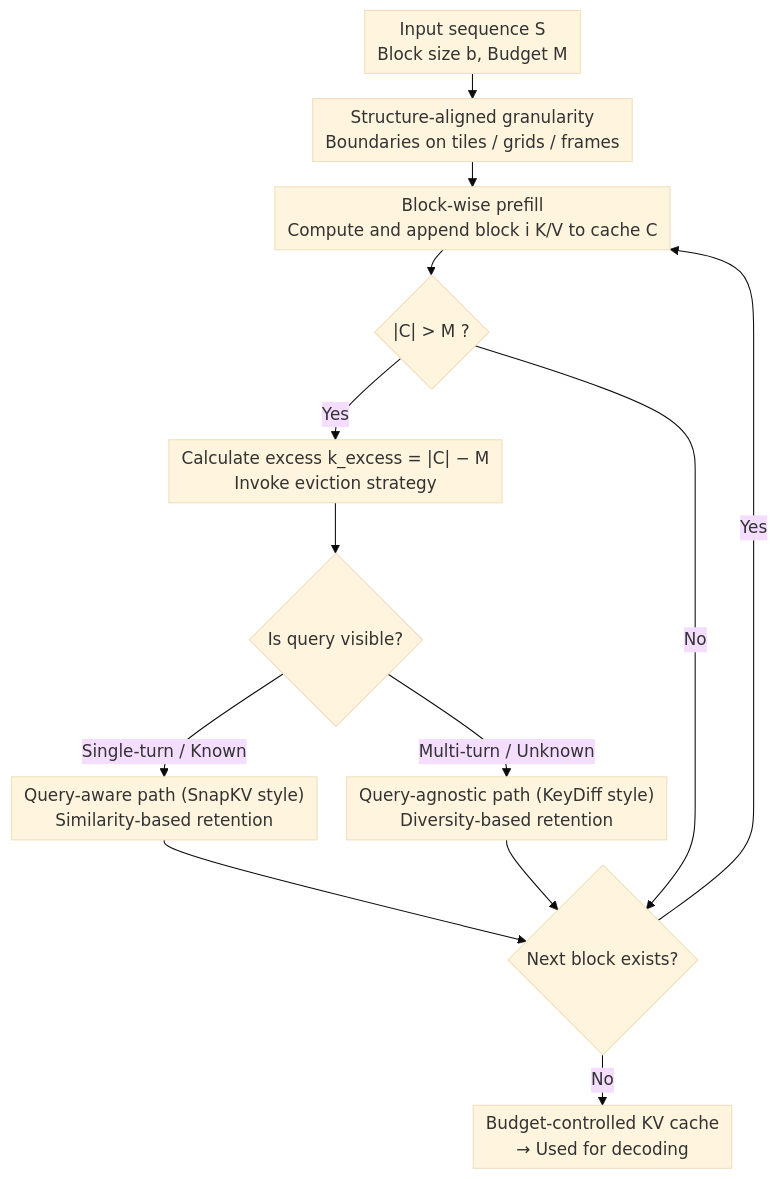
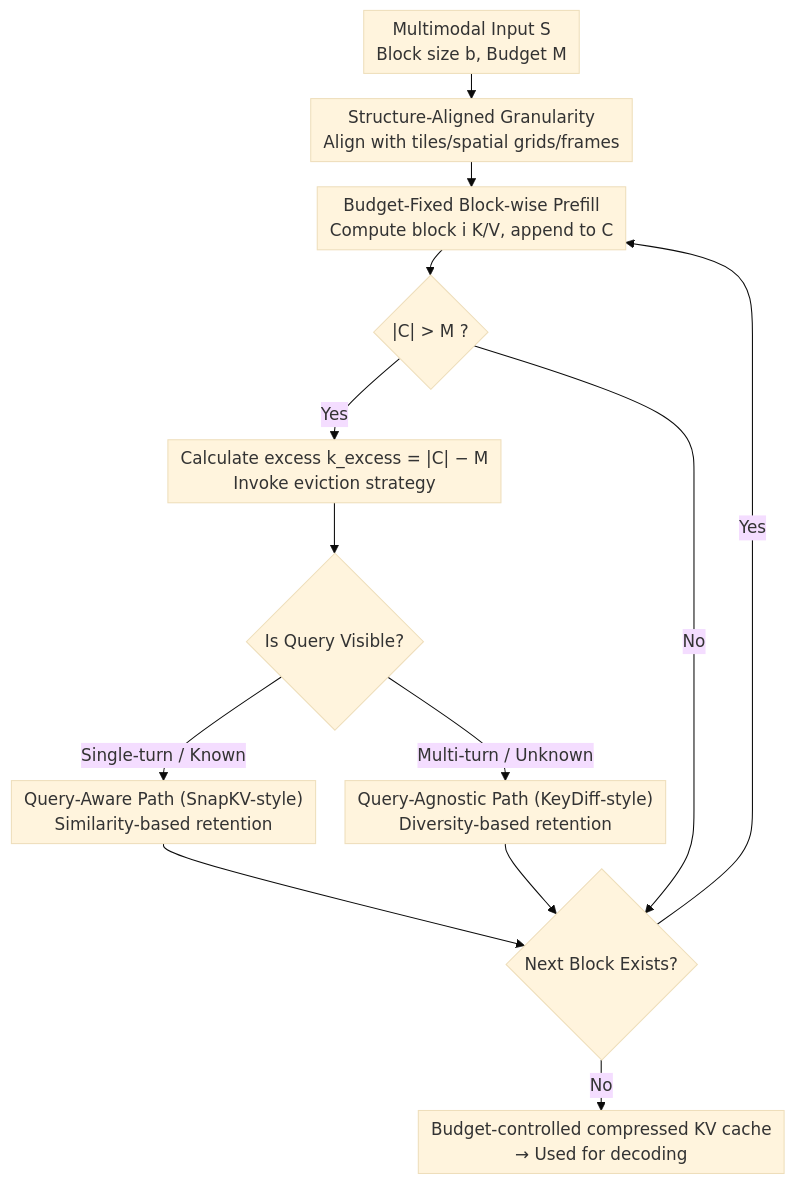
Before and after one commit to zhaoyang97/Paper-Notes-en: the diagram in docs/ACL2026/multimodal_vlm/reducing_peak_memory_usage_for_modern_multimodal_large_language_model_pipelines.md, drawn with Mermaid (base theme). The commit also changed other lines of this file and 5084 other files, not shown here.

````diff
--- a/docs/ACL2026/multimodal_vlm/reducing_peak_memory_usage_for_modern_multimodal_large_language_model_pipelines.md
+++ b/docs/ACL2026/multimodal_vlm/reducing_peak_memory_usage_for_modern_multimodal_large_language_model_pipelines.md
@@ -44,16 +44,16 @@
 ```mermaid
 %%{init: {'flowchart': {'rankSpacing': 24, 'nodeSpacing': 28, 'padding': 6, 'wrappingWidth': 400}}}%%
 flowchart TD
-    A["Input sequence S<br/>Block size b, Budget M"] --> B["Structure-aligned granularity<br/>Boundaries on tiles / grids / frames"]
-    B --> C["Block-wise prefill<br/>Compute and append block i K/V to cache C"]
+    A["Multimodal Input S<br/>Block size b, Budget M"] --> B["Structure-Aligned Granularity<br/>Align with tiles/spatial grids/frames"]
+    B --> C["Budget-Fixed Block-wise Prefill<br/>Compute block i K/V, append to C"]
     C --> D{"|C| > M ?"}
     D -->|Yes| E["Calculate excess k_excess = |C| − M<br/>Invoke eviction strategy"]
-    E --> F{"Is query visible?"}
-    F -->|Single-turn / Known| G["Query-aware path (SnapKV style)<br/>Similarity-based retention"]
-    F -->|Multi-turn / Unknown| H["Query-agnostic path (KeyDiff style)<br/>Diversity-based retention"]
-    G --> I{"Next block exists?"}
+    E --> F{"Is Query Visible?"}
+    F -->|Single-turn / Known| G["Query-Aware Path (SnapKV-style)<br/>Similarity-based retention"]
+    F -->|Multi-turn / Unknown| H["Query-Agnostic Path (KeyDiff-style)<br/>Diversity-based retention"]
+    G --> I{"Next Block Exists?"}
     H --> I
     D -->|No| I
     I -->|Yes| C
-    I -->|No| J["Budget-controlled KV cache<br/>→ Used for decoding"]
+    I -->|No| J["Budget-controlled compressed KV cache<br/>→ Used for decoding"]
 ```
````
